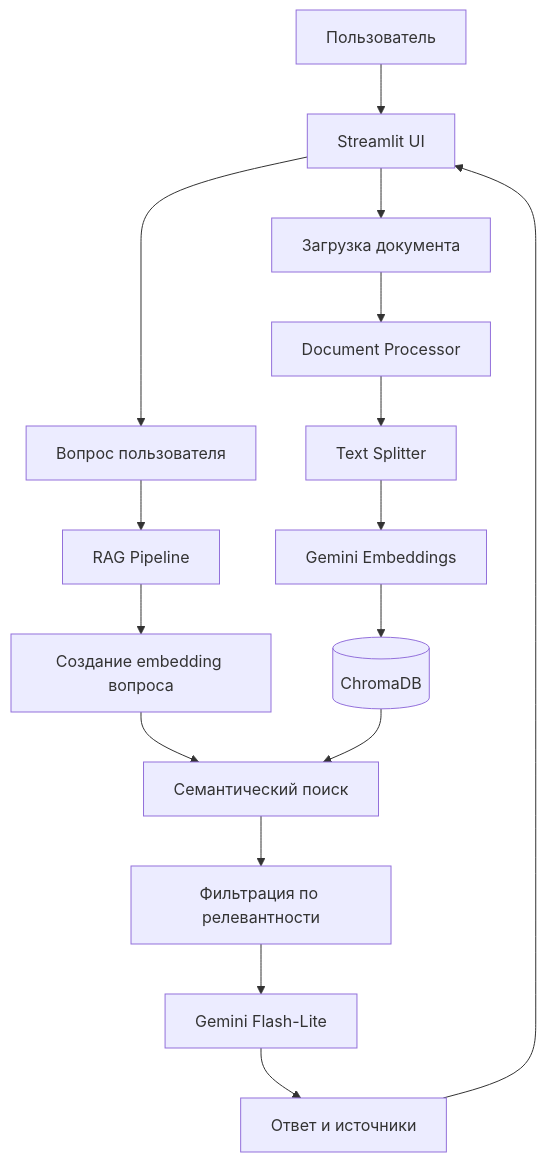
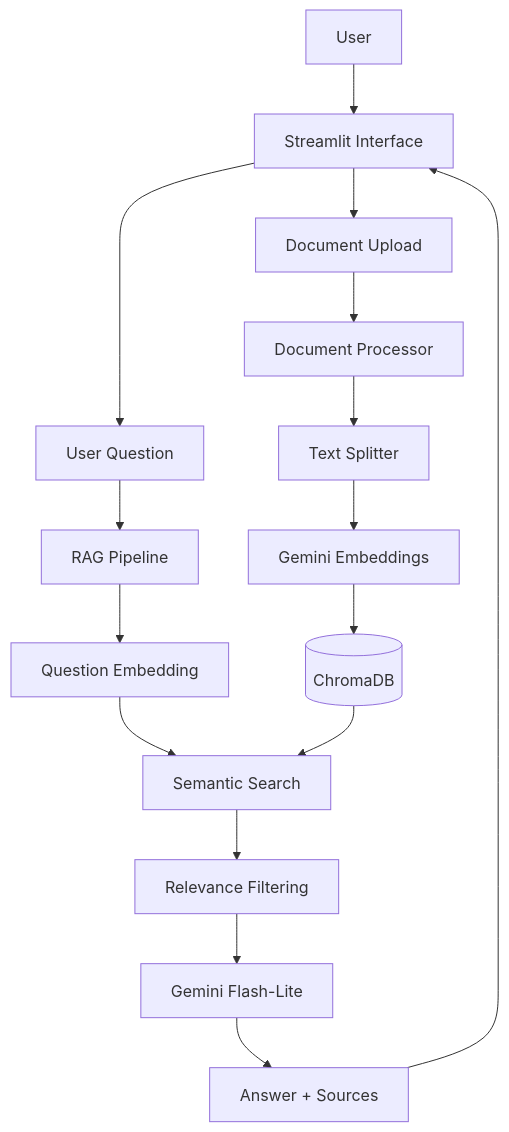
One commit to sk8teJ/ai-knowledge-assistant changed the diagram in README.md. Above: the diagram before and after it, drawn with Mermaid.

Commit message:
Improve README diagrams and add screenshots

````diff
--- a/README.md
+++ b/README.md
@@ -55,20 +55,18 @@
 ```mermaid
 flowchart TD
-    A["Пользователь"] --> B["Streamlit UI"]
-
-    B --> C["Загрузка документа"]
-    C --> D["Document Processor"]
-    D --> E["Text Splitter"]
-    E --> F["Gemini Embeddings"]
-    F --> G[("ChromaDB")]
-
-    B --> H["Вопрос пользователя"]
-    H --> I["RAG Pipeline"]
-    I --> J["Создание embedding вопроса"]
-    J --> K["Семантический поиск"]
-    G --> K
-    K --> L["Фильтрация по релевантности"]
-    L --> M["Gemini Flash-Lite"]
-    M --> N["Ответ и источники"]
-    N --> B
+    U["User"] --> UI["Streamlit Interface"]
+    UI --> UP["Document Upload"]
+    UP --> DP["Document Processor"]
+    DP --> TS["Text Splitter"]
+    TS --> EMB["Gemini Embeddings"]
+    EMB --> DB[("ChromaDB")]
+    UI --> Q["User Question"]
+    Q --> RAG["RAG Pipeline"]
+    RAG --> QE["Question Embedding"]
+    QE --> SEARCH["Semantic Search"]
+    DB --> SEARCH
+    SEARCH --> FILTER["Relevance Filtering"]
+    FILTER --> GEN["Gemini Flash-Lite"]
+    GEN --> OUT["Answer + Sources"]
+    OUT --> UI
 ```
````
